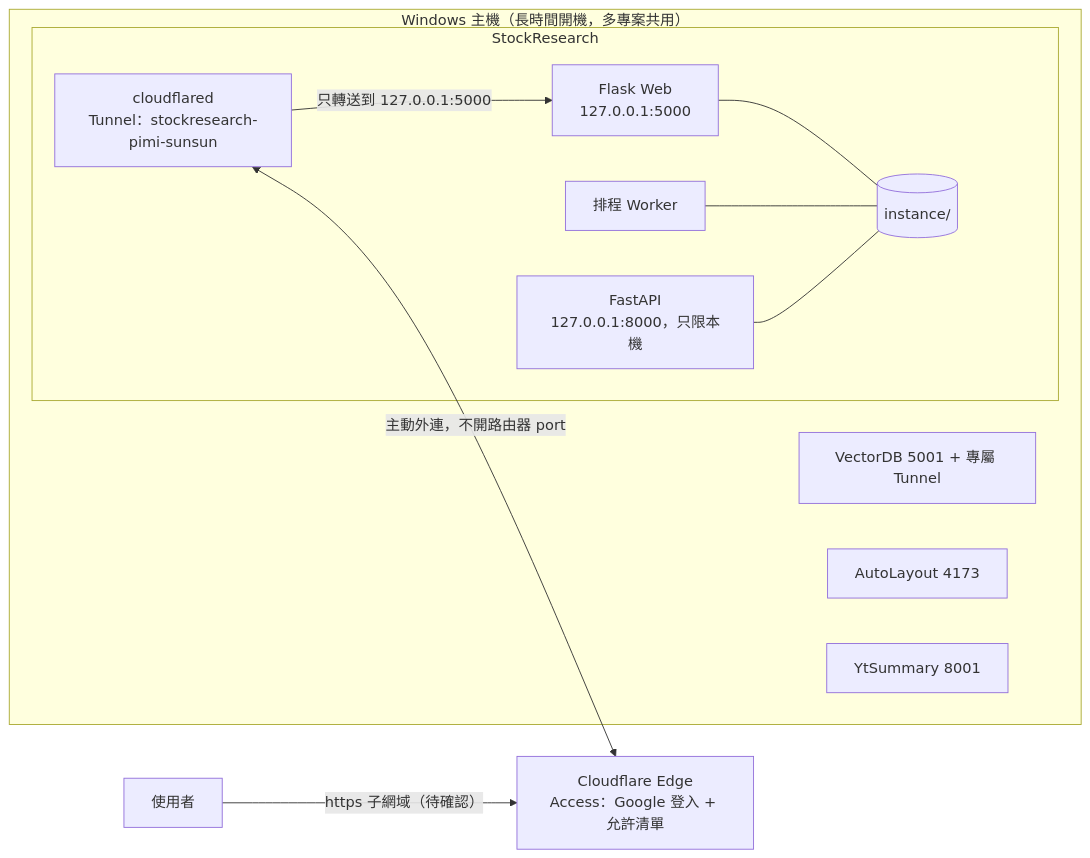
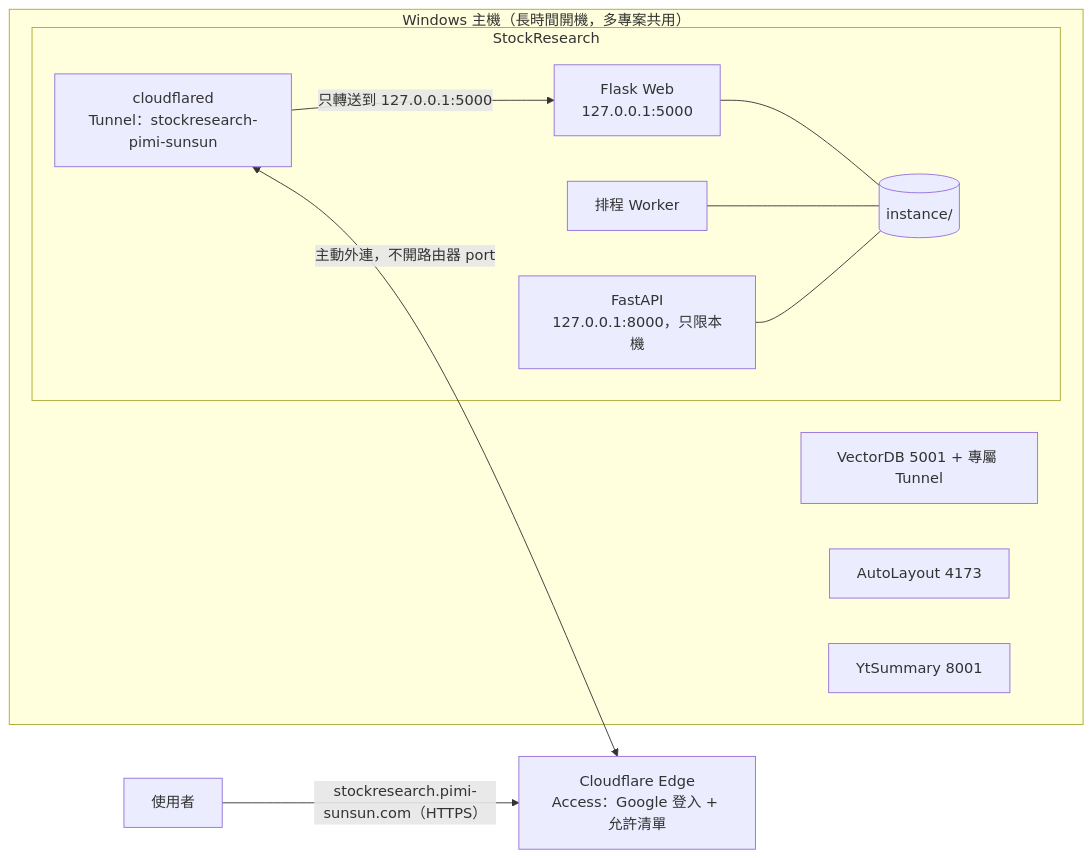
The sixth of 6 diagrams in docs/system_architecture.md (ryan73093/StockResearch), drawn with Mermaid before and after one commit. The commit also changed other lines of this file and 21 other files, not shown here.

````diff
--- a/docs/system_architecture.md
+++ b/docs/system_architecture.md
@@ -178,24 +179,24 @@
 ```mermaid
 flowchart LR
     subgraph HOST["Windows 主機（長時間開機，多專案共用）"]
       subgraph SR["StockResearch"]
         WEBAPP["Flask Web<br/>127.0.0.1:5000"]
         WORKER["排程 Worker"]
         APIAPP["FastAPI<br/>127.0.0.1:8000，只限本機"]
         DB[(instance/)]
         TUN_SR["cloudflared<br/>Tunnel：stockresearch-pimi-sunsun"]
       end
       VDB["VectorDB 5001 + 專屬 Tunnel"]
       AL["AutoLayout 4173"]
       YT["YtSummary 8001"]
     end
     EDGE["Cloudflare Edge<br/>Access：Google 登入 + 允許清單"]
     PHONE[使用者]
 
     WEBAPP --- DB
     WORKER --- DB
     APIAPP --- DB
     TUN_SR -->|只轉送到 127.0.0.1:5000| WEBAPP
     TUN_SR <-->|主動外連，不開路由器 port| EDGE
-    PHONE -->|https 子網域（待確認）| EDGE
+    PHONE -->|"stockresearch.pimi-sunsun.com（HTTPS）"| EDGE
 ```
````
